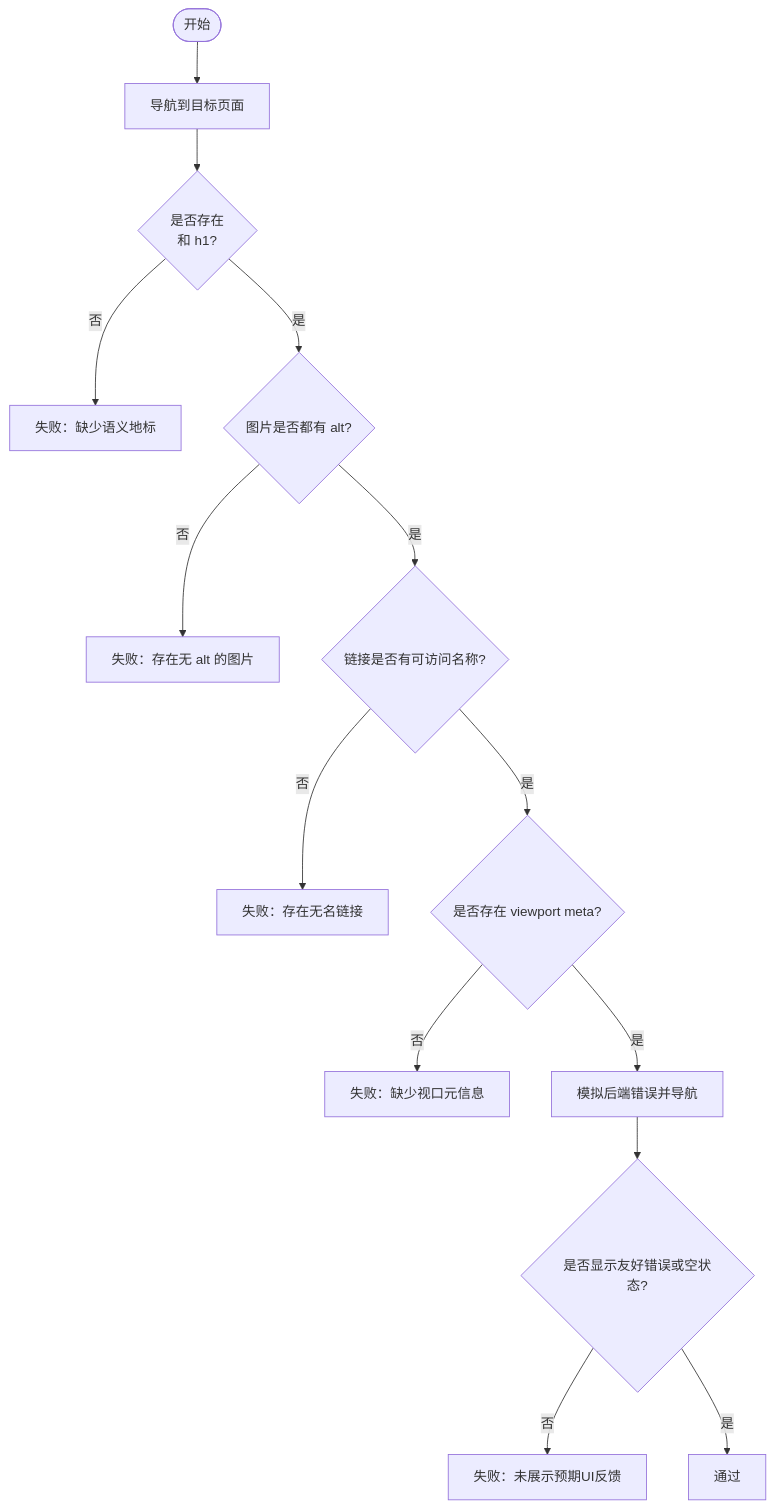
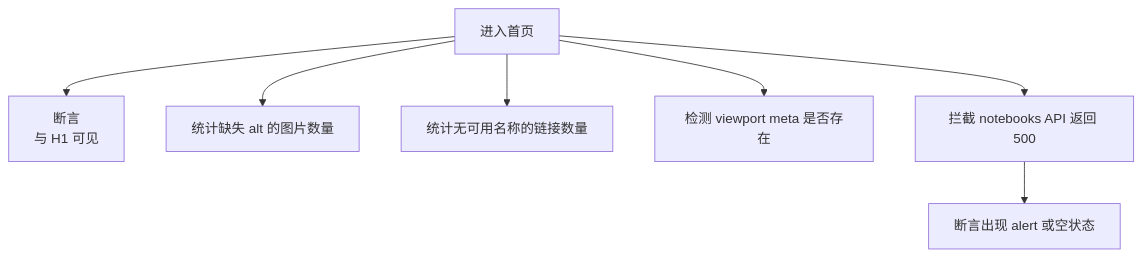
The fifth of 10 diagrams in .qoder/repowiki/zh/content/测试策略/端到端测试.md (gongzili456/DeepTutor), drawn with Mermaid before and after one commit. The commit also changed other lines of this file and 1242 other files, not shown here.

````diff
--- a/.qoder/repowiki/zh/content/测试策略/端到端测试.md
+++ b/.qoder/repowiki/zh/content/测试策略/端到端测试.md
@@ -131,16 +241,9 @@
 ```mermaid
 flowchart TD
-Start(["开始"]) --> Nav["导航到目标页面"]
-Nav --> CheckMain{"是否存在 <main> 和 h1?"}
-CheckMain --> |否| FailA["失败：缺少语义地标"]
-CheckMain --> |是| CheckImg{"图片是否都有 alt?"}
-CheckImg --> |否| FailB["失败：存在无 alt 的图片"]
-CheckImg --> |是| CheckLink{"链接是否有可访问名称?"}
-CheckLink --> |否| FailC["失败：存在无名链接"]
-CheckLink --> |是| CheckViewport{"是否存在 viewport meta?"}
-CheckViewport --> |否| FailD["失败：缺少视口元信息"]
-CheckViewport --> |是| MockErr["模拟后端错误并导航"]
-MockErr --> AssertUI{"是否显示友好错误或空状态?"}
-AssertUI --> |否| FailE["失败：未展示预期UI反馈"]
-AssertUI --> |是| Pass["通过"]
+A["进入首页"] --> B["断言 <main> 与 H1 可见"]
+A --> C["统计缺失 alt 的图片数量"]
+A --> D["统计无可用名称的链接数量"]
+A --> E["检测 viewport meta 是否存在"]
+A --> F["拦截 notebooks API 返回 500"]
+F --> G["断言出现 alert 或空状态"]
 ```
````
